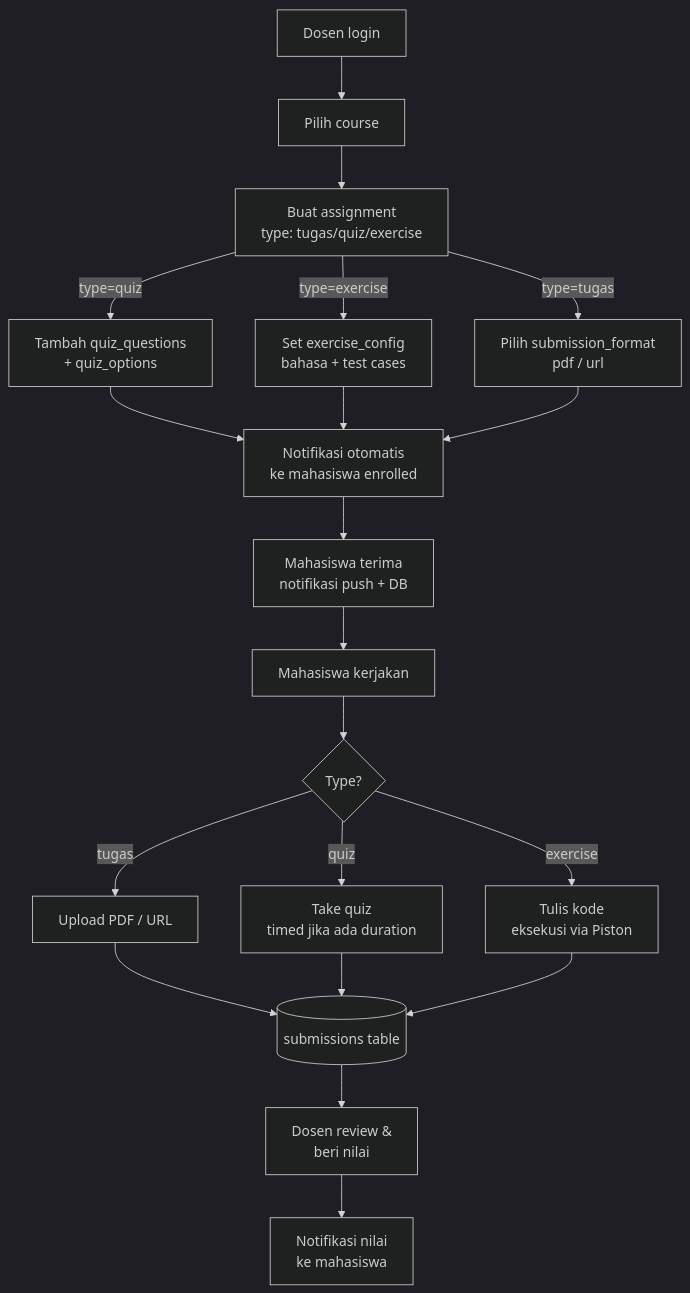
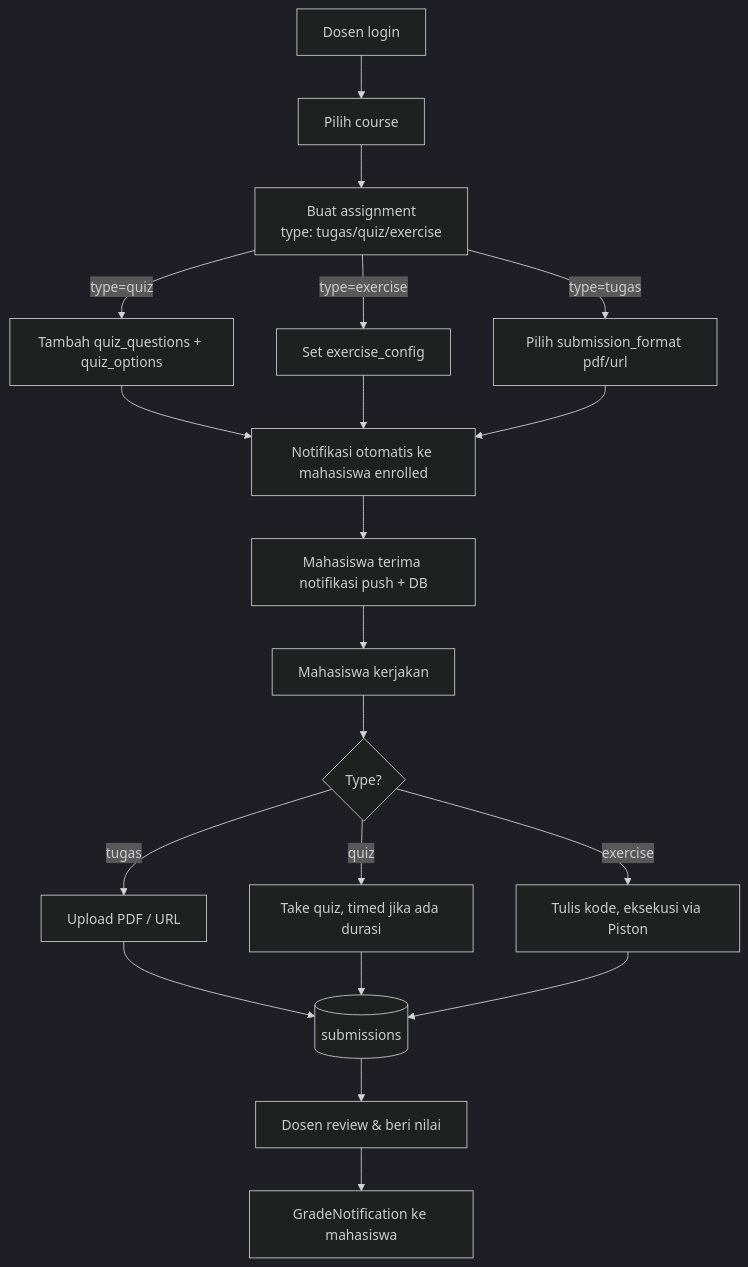
Before and after one commit to SendhyKurniawan/projectbasedlearning: the fourth of 7 diagrams in docs/bab4-implementasi.md, drawn with Mermaid (dark theme). The commit also changed other lines of this file and 279 other files, not shown here.

````diff
--- a/docs/bab4-implementasi.md
+++ b/docs/bab4-implementasi.md
@@ -811,22 +595,22 @@
 ```mermaid
 flowchart TD
     A[Dosen login] --> B[Pilih course]
     B --> C[Buat assignment<br/>type: tugas/quiz/exercise]
-    C -->|type=quiz| C1[Tambah quiz_questions<br/>+ quiz_options]
-    C -->|type=exercise| C2[Set exercise_config<br/>bahasa + test cases]
-    C -->|type=tugas| C3[Pilih submission_format<br/>pdf / url]
-    C1 --> D[Notifikasi otomatis<br/>ke mahasiswa enrolled]
+    C -->|type=quiz| C1[Tambah quiz_questions + quiz_options]
+    C -->|type=exercise| C2[Set exercise_config]
+    C -->|type=tugas| C3[Pilih submission_format pdf/url]
+    C1 --> D[Notifikasi otomatis ke mahasiswa enrolled]
     C2 --> D
     C3 --> D
-    D --> E[Mahasiswa terima<br/>notifikasi push + DB]
+    D --> E[Mahasiswa terima notifikasi push + DB]
     E --> F[Mahasiswa kerjakan]
     F --> G{Type?}
     G -->|tugas| G1[Upload PDF / URL]
-    G -->|quiz| G2[Take quiz<br/>timed jika ada duration]
-    G -->|exercise| G3[Tulis kode<br/>eksekusi via Piston]
-    G1 --> H[(submissions table)]
+    G -->|quiz| G2[Take quiz, timed jika ada durasi]
+    G -->|exercise| G3[Tulis kode, eksekusi via Piston]
+    G1 --> H[(submissions)]
     G2 --> H
     G3 --> H
-    H --> I[Dosen review &<br/>beri nilai]
-    I --> J[Notifikasi nilai<br/>ke mahasiswa]
+    H --> I[Dosen review & beri nilai]
+    I --> J[GradeNotification ke mahasiswa]
 ```
````
